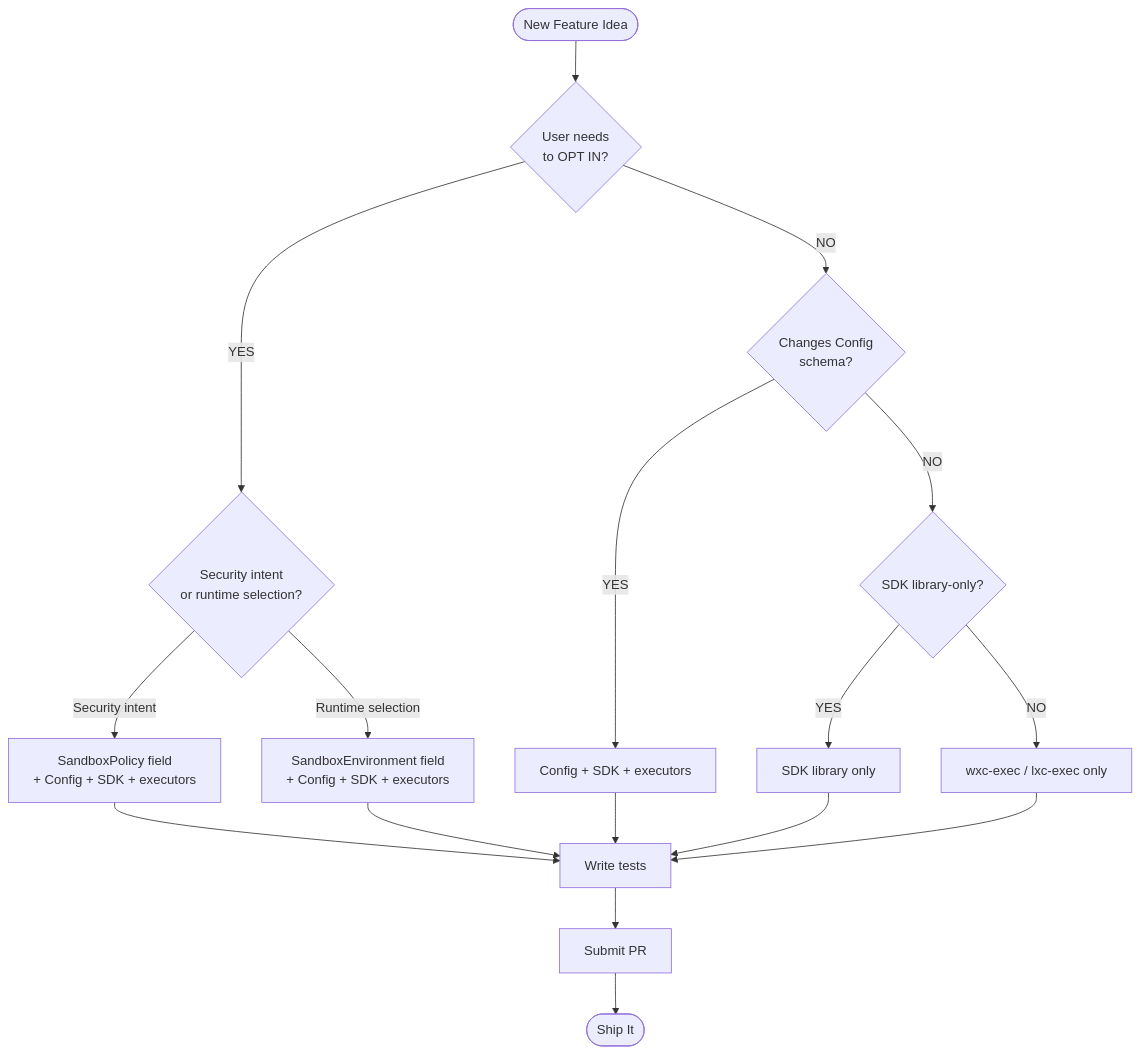
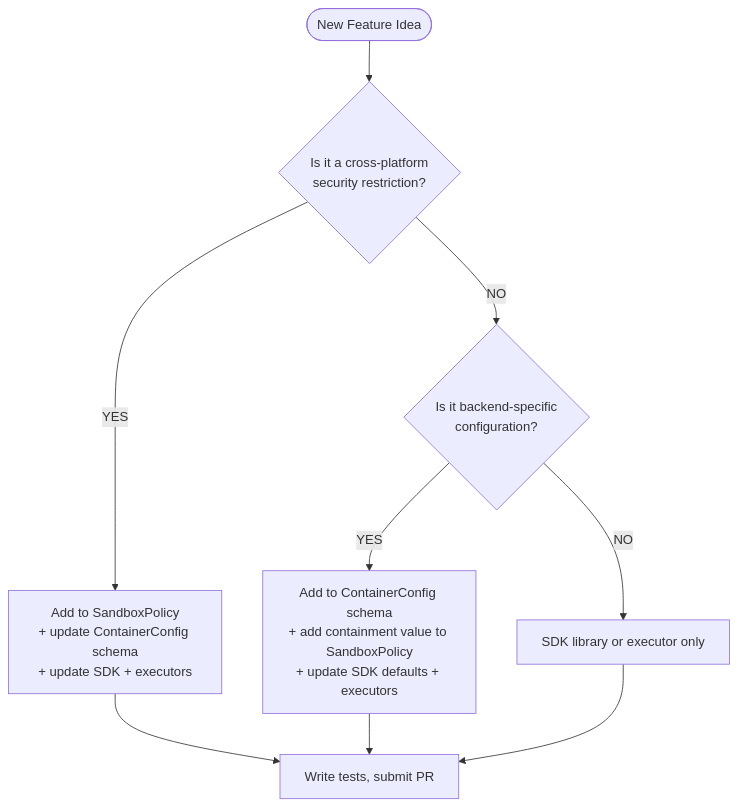
Before and after one commit to microsoft/mxc: the diagram in docs/authoring-a-new-feature.md, drawn with Mermaid. The commit also changed other lines of this file and 4 other files, not shown here.

````diff
--- a/docs/authoring-a-new-feature.md
+++ b/docs/authoring-a-new-feature.md
@@ -35,24 +33,14 @@
 ```mermaid
 flowchart TD
-    START([New Feature Idea]) --> Q1{User needs<br/>to OPT IN?}
+    START([New Feature Idea]) --> Q1{Is it a cross-platform<br/>security restriction?}
 
-    Q1 -->|YES| Q2{Security intent<br/>or runtime selection?}
-    Q1 -->|NO| Q3{Changes Config<br/>schema?}
+    Q1 -->|YES| POL["Add to SandboxPolicy<br/>+ update ContainerConfig schema<br/>+ update SDK + executors"]
+    Q1 -->|NO| Q2{Is it backend-specific<br/>configuration?}
 
-    Q2 -->|Security intent| POL["SandboxPolicy field<br/>+ Config + SDK + executors"]
-    Q2 -->|Runtime selection| ENV["SandboxEnvironment field<br/>+ Config + SDK + executors"]
+    Q2 -->|YES| CFG["Add to ContainerConfig schema<br/>+ add containment value to SandboxPolicy<br/>+ update SDK defaults + executors"]
+    Q2 -->|NO| SDK_ONLY["SDK library or executor only"]
 
-    Q3 -->|YES| INTERNAL["Config + SDK + executors"]
-    Q3 -->|NO| Q4{SDK library-only?}
-
-    Q4 -->|YES| SDK_ONLY["SDK library only"]
-    Q4 -->|NO| EXEC["wxc-exec / lxc-exec only"]
-
-    POL --> TEST["Write tests"]
-    ENV --> TEST
-    INTERNAL --> TEST
+    POL --> TEST["Write tests, submit PR"]
+    CFG --> TEST
     SDK_ONLY --> TEST
-    EXEC --> TEST
-    TEST --> PR["Submit PR"]
-    PR --> DONE([Ship It])
 ```
````
